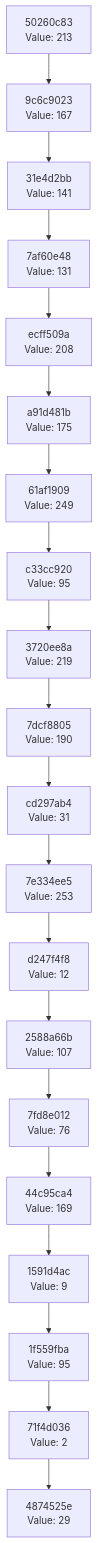
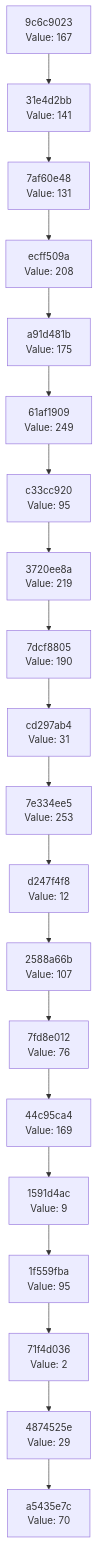
Before and after one commit to Abhisheksinha1506/hash-chain-evolver: the diagram in docs/CHAIN_VISUALIZATION.md, drawn with Mermaid. The commit also changed 3 other files, not shown here.

````diff
--- a/docs/CHAIN_VISUALIZATION.md
+++ b/docs/CHAIN_VISUALIZATION.md
@@ -3,42 +3,42 @@
 ```mermaid
 graph TD
-    C0["4874525e<br/>Value: 29"]
-    C1["71f4d036<br/>Value: 2"]
+    C0["a5435e7c<br/>Value: 70"]
+    C1["4874525e<br/>Value: 29"]
     C1 --> C0
-    C2["1f559fba<br/>Value: 95"]
+    C2["71f4d036<br/>Value: 2"]
     C2 --> C1
-    C3["1591d4ac<br/>Value: 9"]
+    C3["1f559fba<br/>Value: 95"]
     C3 --> C2
-    C4["44c95ca4<br/>Value: 169"]
+    C4["1591d4ac<br/>Value: 9"]
     C4 --> C3
-    C5["7fd8e012<br/>Value: 76"]
+    C5["44c95ca4<br/>Value: 169"]
     C5 --> C4
-    C6["2588a66b<br/>Value: 107"]
+    C6["7fd8e012<br/>Value: 76"]
     C6 --> C5
-    C7["d247f4f8<br/>Value: 12"]
+    C7["2588a66b<br/>Value: 107"]
     C7 --> C6
-    C8["7e334ee5<br/>Value: 253"]
+    C8["d247f4f8<br/>Value: 12"]
     C8 --> C7
-    C9["cd297ab4<br/>Value: 31"]
+    C9["7e334ee5<br/>Value: 253"]
     C9 --> C8
-    C10["7dcf8805<br/>Value: 190"]
+    C10["cd297ab4<br/>Value: 31"]
     C10 --> C9
-    C11["3720ee8a<br/>Value: 219"]
+    C11["7dcf8805<br/>Value: 190"]
     C11 --> C10
-    C12["c33cc920<br/>Value: 95"]
+    C12["3720ee8a<br/>Value: 219"]
     C12 --> C11
-    C13["61af1909<br/>Value: 249"]
+    C13["c33cc920<br/>Value: 95"]
     C13 --> C12
-    C14["a91d481b<br/>Value: 175"]
+    C14["61af1909<br/>Value: 249"]
     C14 --> C13
-    C15["ecff509a<br/>Value: 208"]
+    C15["a91d481b<br/>Value: 175"]
     C15 --> C14
-    C16["7af60e48<br/>Value: 131"]
+    C16["ecff509a<br/>Value: 208"]
     C16 --> C15
-    C17["31e4d2bb<br/>Value: 141"]
+    C17["7af60e48<br/>Value: 131"]
     C17 --> C16
-    C18["9c6c9023<br/>Value: 167"]
+    C18["31e4d2bb<br/>Value: 141"]
     C18 --> C17
-    C19["50260c83<br/>Value: 213"]
+    C19["9c6c9023<br/>Value: 167"]
     C19 --> C18
 ```
````
